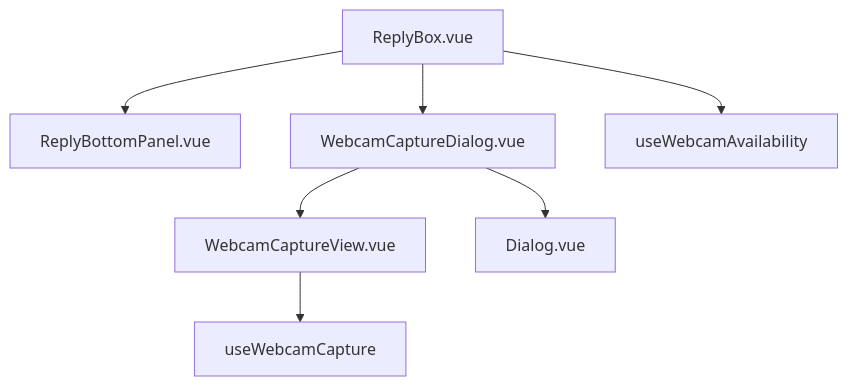
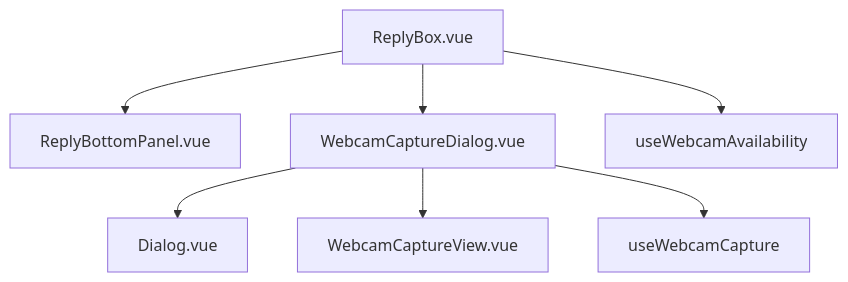
Before and after one commit to cesar-carlos/chatwoot: the diagram in doc/feature/webcam-photo-capture/ui-design.md, drawn with Mermaid. The commit also changed other lines of this file and 14 other files, not shown here.

````diff
--- a/doc/feature/webcam-photo-capture/ui-design.md
+++ b/doc/feature/webcam-photo-capture/ui-design.md
@@ -32,17 +19,17 @@
 ```mermaid
 flowchart TD
   RB[ReplyBox.vue]
   RBP[ReplyBottomPanel.vue]
   WCD[WebcamCaptureDialog.vue]
-  WCF[WebcamCaptureView.vue]
+  WCV[WebcamCaptureView.vue]
   D[Dialog.vue]
   C1[useWebcamAvailability]
   C2[useWebcamCapture]
 
   RB --> RBP
   RB --> WCD
   RB --> C1
   WCD --> D
-  WCD --> WCF
-  WCF --> C2
+  WCD --> WCV
+  WCD --> C2
 ```
````
